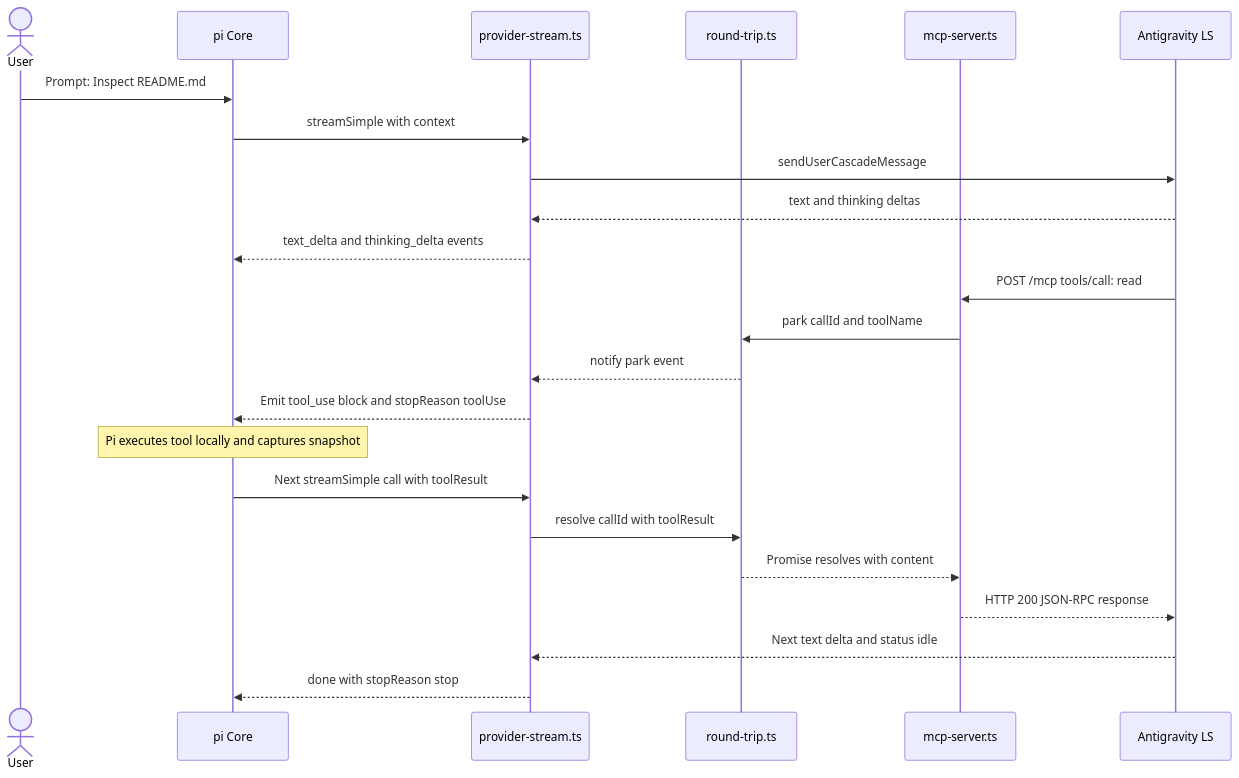
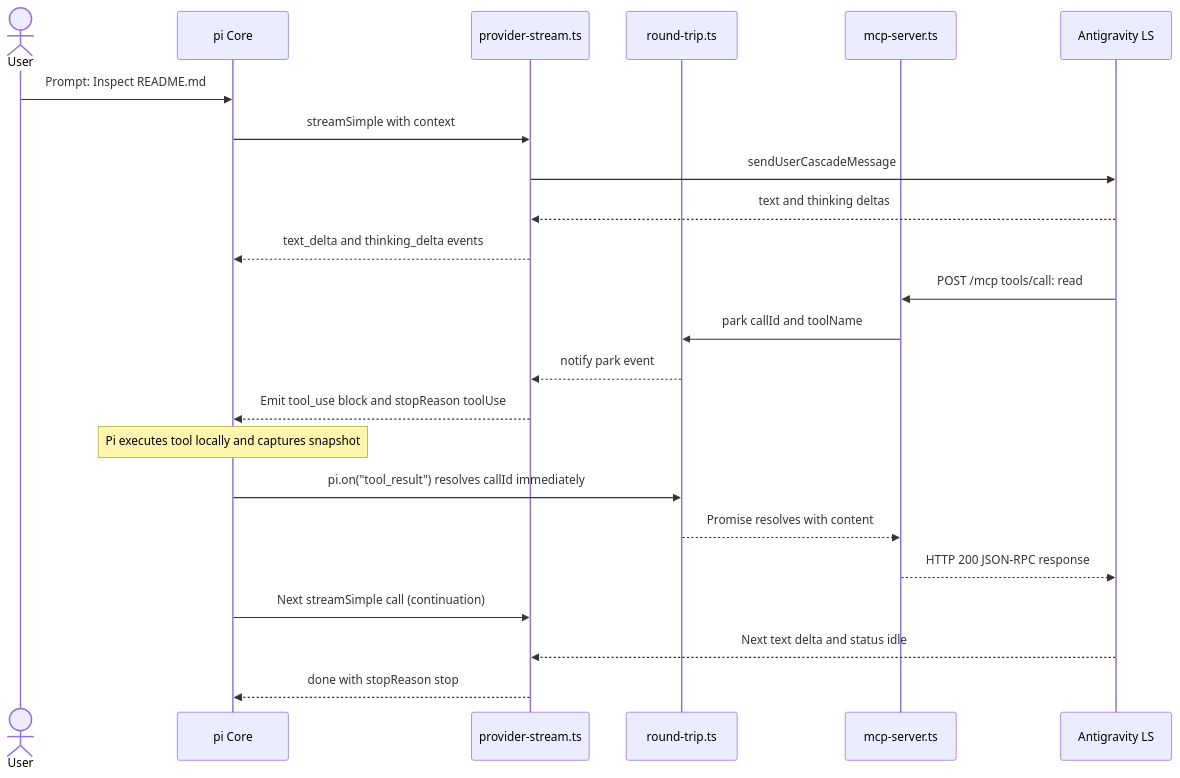
Before and after one commit to Masterisk-F/pi-antigravity-ls-provider: the second of 4 diagrams in docs/ARCHITECTURE.md, drawn with Mermaid. The commit also changed other lines of this file and 5 other files, not shown here.

````diff
--- a/docs/ARCHITECTURE.md
+++ b/docs/ARCHITECTURE.md
@@ -57,26 +57,26 @@
 ```mermaid
 sequenceDiagram
     actor User
     participant Pi as pi Core
     participant PS as provider-stream.ts
     participant RT as round-trip.ts
     participant MCP as mcp-server.ts
     participant LS as Antigravity LS
 
     User->>Pi: Prompt: Inspect README.md
     Pi->>PS: streamSimple with context
     PS->>LS: sendUserCascadeMessage
     LS-->>PS: text and thinking deltas
     PS-->>Pi: text_delta and thinking_delta events
     LS->>MCP: POST /mcp tools/call: read
     MCP->>RT: park callId and toolName
     RT-->>PS: notify park event
     PS-->>Pi: Emit tool_use block and stopReason toolUse
     Note over Pi: Pi executes tool locally and captures snapshot
-    Pi->>PS: Next streamSimple call with toolResult
-    PS->>RT: resolve callId with toolResult
+    Pi->>RT: pi.on("tool_result") resolves callId immediately
     RT-->>MCP: Promise resolves with content
     MCP-->>LS: HTTP 200 JSON-RPC response
+    Pi->>PS: Next streamSimple call (continuation)
     LS-->>PS: Next text delta and status idle
     PS-->>Pi: done with stopReason stop
 ```
````
